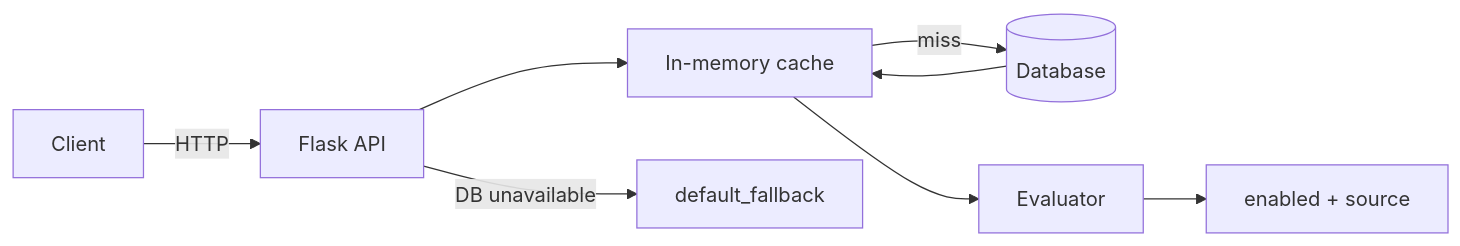
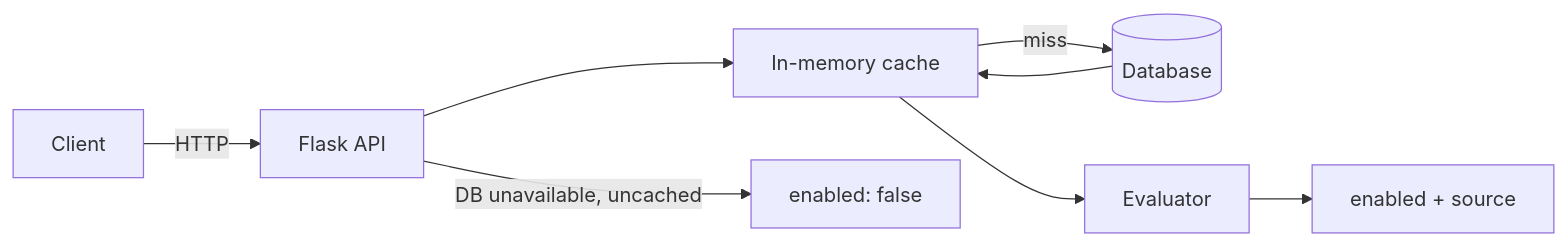
The diagram in README.md (victorli7/Coding-Blitz-37), drawn with Mermaid before and after one commit. The commit also changed other lines of this file and 3 other files, not shown here.

````diff
--- a/README.md
+++ b/README.md
@@ -9,10 +9,10 @@
 ```mermaid
 flowchart LR
     Client -->|HTTP| API[Flask API]
     API --> Cache[In-memory cache]
     Cache -->|miss| DB[(Database)]
     DB --> Cache
     Cache --> Eval[Evaluator]
     Eval --> Response[enabled + source]
-    API -->|DB unavailable| Fallback[default_fallback]
+    API -->|DB unavailable, uncached| Fallback["enabled: false"]
 ```
````
